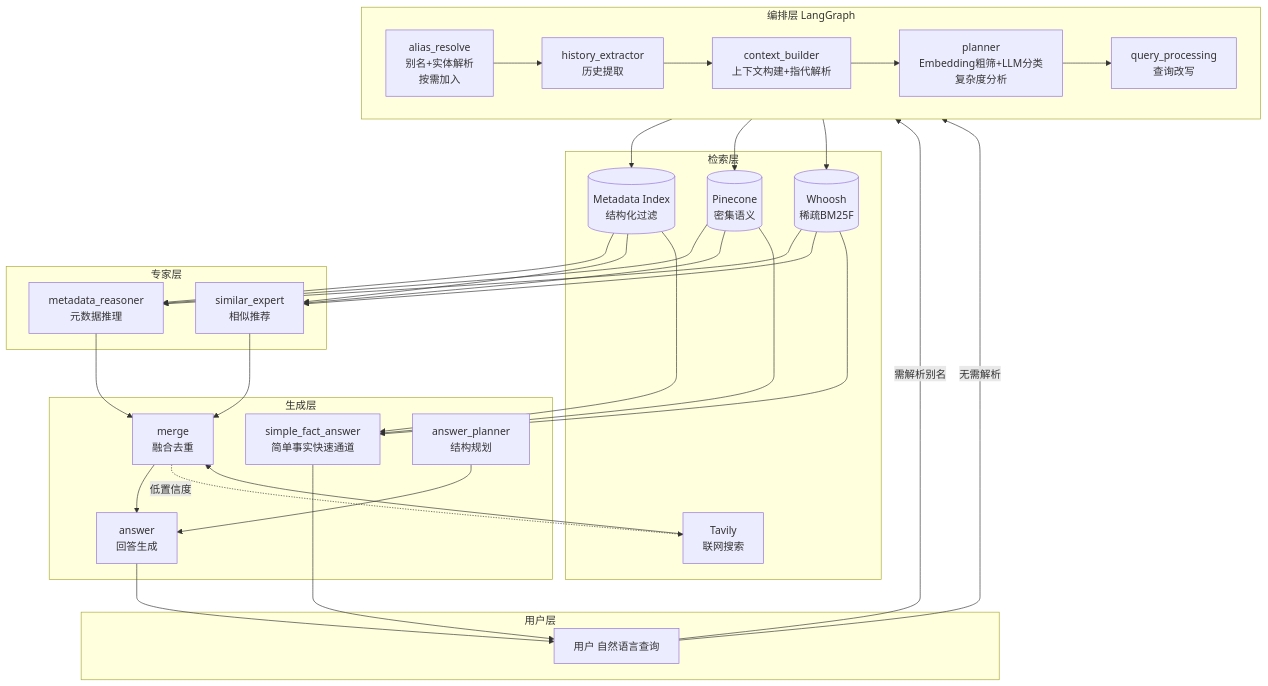
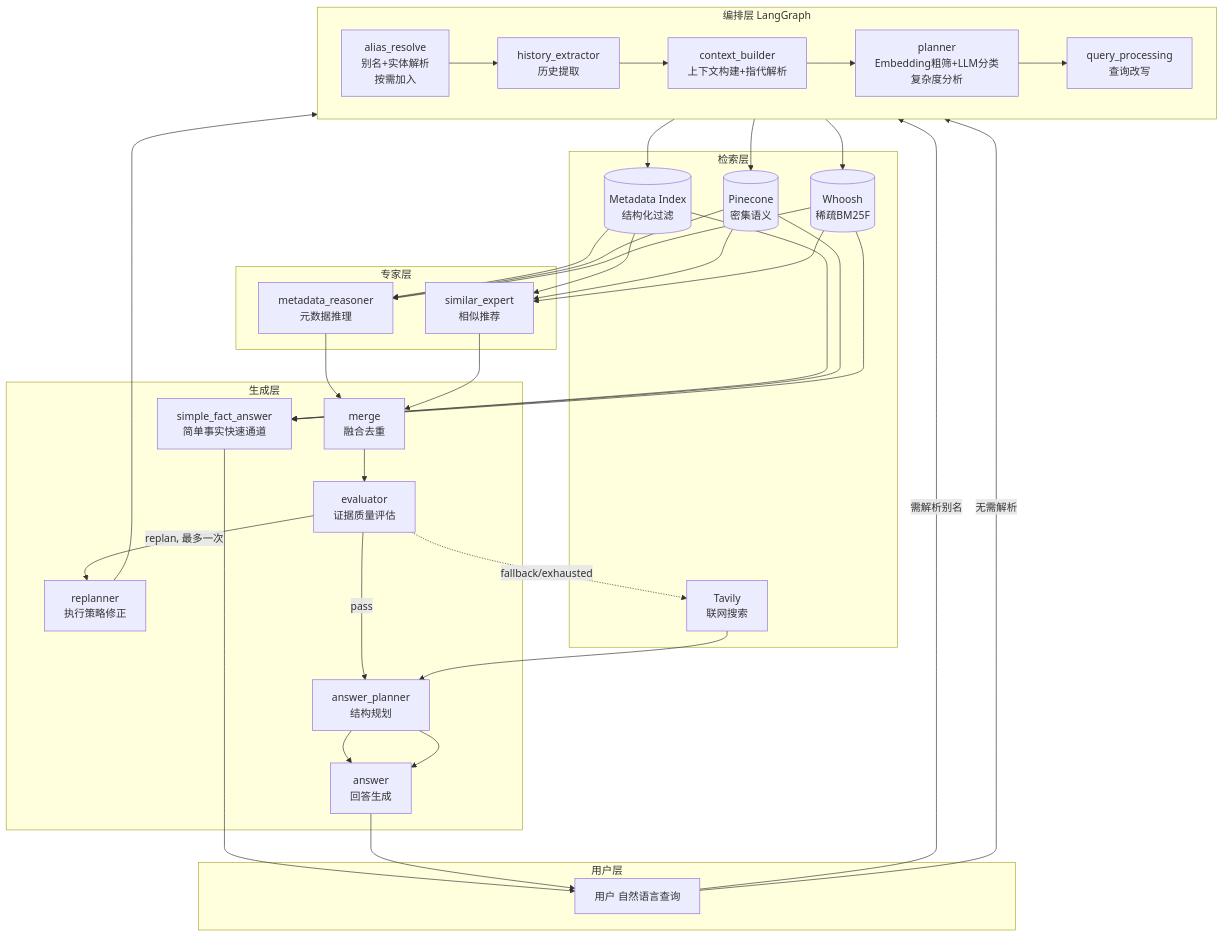
The first of 5 diagrams in .trae/documents/project-summary.md (AKArrok/AniGraph), drawn with Mermaid before and after one commit. The commit also changed other lines of this file and 46 other files, not shown here.

````diff
--- a/.trae/documents/project-summary.md
+++ b/.trae/documents/project-summary.md
@@ -78,45 +78,49 @@
 ```mermaid
 graph TB
     subgraph 用户层
         U[用户 自然语言查询]
     end
 
     subgraph 编排层 LangGraph
         direction LR
         AR[alias_resolve<br/>别名+实体解析<br/>按需加入]
         HE[history_extractor<br/>历史提取]
         CB[context_builder<br/>上下文构建+指代解析]
         PL[planner<br/>Embedding粗筛+LLM分类<br/>复杂度分析]
         QP[query_processing<br/>查询改写]
     end
 
     subgraph 检索层
         MI[(Metadata Index<br/>结构化过滤)]
         PC[(Pinecone<br/>密集语义)]
         WH[(Whoosh<br/>稀疏BM25F)]
         TV[Tavily<br/>联网搜索]
     end
 
     subgraph 专家层
         MR[metadata_reasoner<br/>元数据推理]
         SE[similar_expert<br/>相似推荐]
     end
 
     subgraph 生成层
         MG[merge<br/>融合去重]
+        EV[evaluator<br/>证据质量评估]
+        RP[replanner<br/>执行策略修正]
         SF[simple_fact_answer<br/>简单事实快速通道]
         AP[answer_planner<br/>结构规划]
         AN[answer<br/>回答生成]
     end
 
     U -->|需解析别名| AR --> HE
     U -->|无需解析| HE
     HE --> CB --> PL --> QP
     QP --> MI & PC & WH
     MI & PC & WH --> MR & SE & SF
-    MR & SE --> MG --> AN
+    MR & SE --> MG --> EV
+    EV -->|pass| AP --> AN
+    EV -->|replan, 最多一次| RP --> QP
+    EV -.->|fallback/exhausted| TV --> AP
     SF --> U
-    MG -.->|低置信度| TV --> MG
     AP --> AN
     AN --> U
 ```
````
